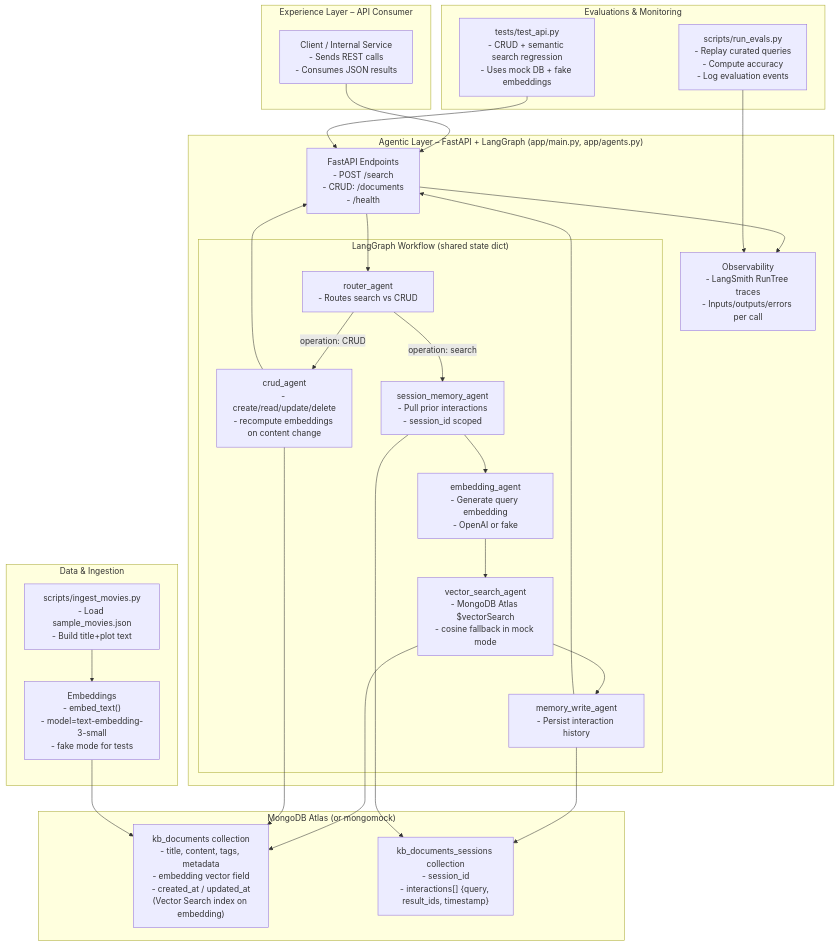
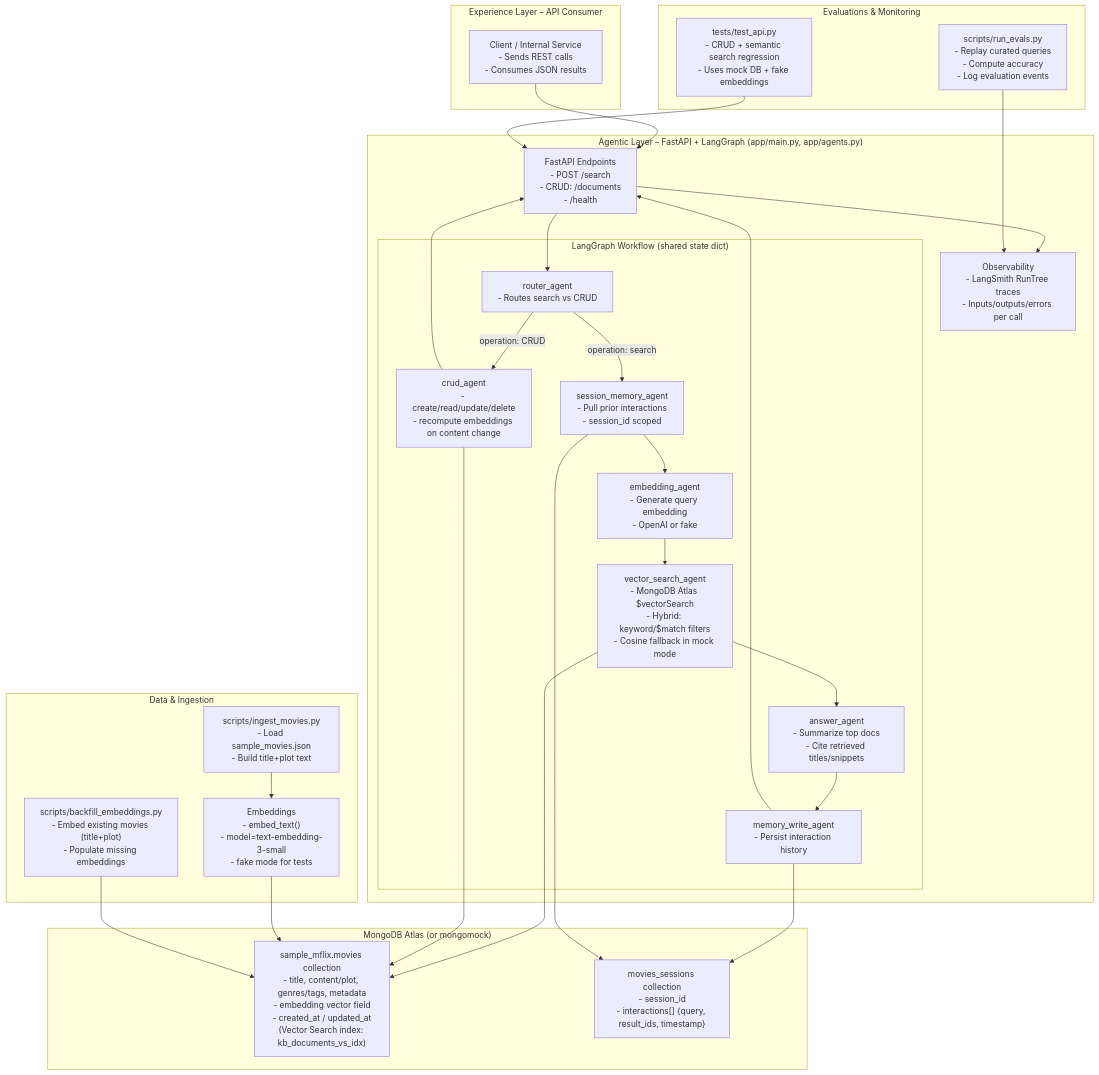
Before and after one commit to bassemfg/doc-search: the diagram in flowchart_docsearch.mmd, drawn with Mermaid. The commit also changed 1 other file, not shown here.

Commit message:
Update README and flowchart to reflect hybrid search enhancements and answer agent functionality

```diff
--- a/flowchart_docsearch.mmd
+++ b/flowchart_docsearch.mmd
@@ -1,58 +1,61 @@
 flowchart TB
     %% ========= LAYER 1: EXPERIENCE =========
     subgraph CLIENT["Experience Layer – API Consumer"]
         USER["Client / Internal Service\n- Sends REST calls\n- Consumes JSON results"]
     end
 
     %% ========= LAYER 2: AGENTIC ORCHESTRATION =========
     subgraph AGENTS["Agentic Layer – FastAPI + LangGraph (app/main.py, app/agents.py)"]
         API["FastAPI Endpoints\n- POST /search\n- CRUD: /documents\n- /health"]
 
         subgraph GRAPH["LangGraph Workflow (shared state dict)"]
             ROUTER["router_agent\n- Routes search vs CRUD"]
             SESSION["session_memory_agent\n- Pull prior interactions\n- session_id scoped"]
             EMB["embedding_agent\n- Generate query embedding\n- OpenAI or fake"]
-            VS["vector_search_agent\n- MongoDB Atlas $vectorSearch\n- cosine fallback in mock mode"]
+            VS["vector_search_agent\n- MongoDB Atlas $vectorSearch\n- Hybrid: keyword/$match filters\n- Cosine fallback in mock mode"]
+            ANSWER["answer_agent\n- Summarize top docs\n- Cite retrieved titles/snippets"]
             MEMWRITE["memory_write_agent\n- Persist interaction history"]
             CRUD["crud_agent\n- create/read/update/delete\n- recompute embeddings on content change"]
         end
 
         OBS["Observability\n- LangSmith RunTree traces\n- Inputs/outputs/errors per call"]
     end
 
     %% ========= LAYER 3: DATA & INGESTION =========
     subgraph ETL["Data & Ingestion"]
         INGEST["scripts/ingest_movies.py\n- Load sample_movies.json\n- Build title+plot text"]
         EMBED["Embeddings\n- embed_text()\n- model=text-embedding-3-small\n- fake mode for tests"]
+        BACKFILL["scripts/backfill_embeddings.py\n- Embed existing movies (title+plot)\n- Populate missing embeddings"]
     end
 
     subgraph DB["MongoDB Atlas (or mongomock)"]
-        DOCS["kb_documents collection\n- title, content, tags, metadata\n- embedding vector field\n- created_at / updated_at\n(Vector Search index on embedding)"]
-        SESS["kb_documents_sessions collection\n- session_id\n- interactions[] {query, result_ids, timestamp}"]
+        DOCS["sample_mflix.movies collection\n- title, content/plot, genres/tags, metadata\n- embedding vector field\n- created_at / updated_at\n(Vector Search index: kb_documents_vs_idx)"]
+        SESS["movies_sessions collection\n- session_id\n- interactions[] {query, result_ids, timestamp}"]
     end
 
     subgraph EVALS["Evaluations & Monitoring"]
         RUN_EVALS["scripts/run_evals.py\n- Replay curated queries\n- Compute accuracy\n- Log evaluation events"]
         TESTS["tests/test_api.py\n- CRUD + semantic search regression\n- Uses mock DB + fake embeddings"]
     end
 
     %% ========= CONNECTIONS =========
     USER --> API
     API --> ROUTER
 
-    ROUTER -->|operation: search| SESSION --> EMB --> VS --> MEMWRITE --> API
+    ROUTER -->|operation: search| SESSION --> EMB --> VS --> ANSWER --> MEMWRITE --> API
     ROUTER -->|operation: CRUD| CRUD --> API
 
     VS --> DOCS
     CRUD --> DOCS
     MEMWRITE --> SESS
     SESSION --> SESS
 
     API --> OBS
     RUN_EVALS --> OBS
 
     %% Ingestion path
     INGEST --> EMBED --> DOCS
+    BACKFILL --> DOCS
 
     %% Tests stay local
     TESTS --> API
```
